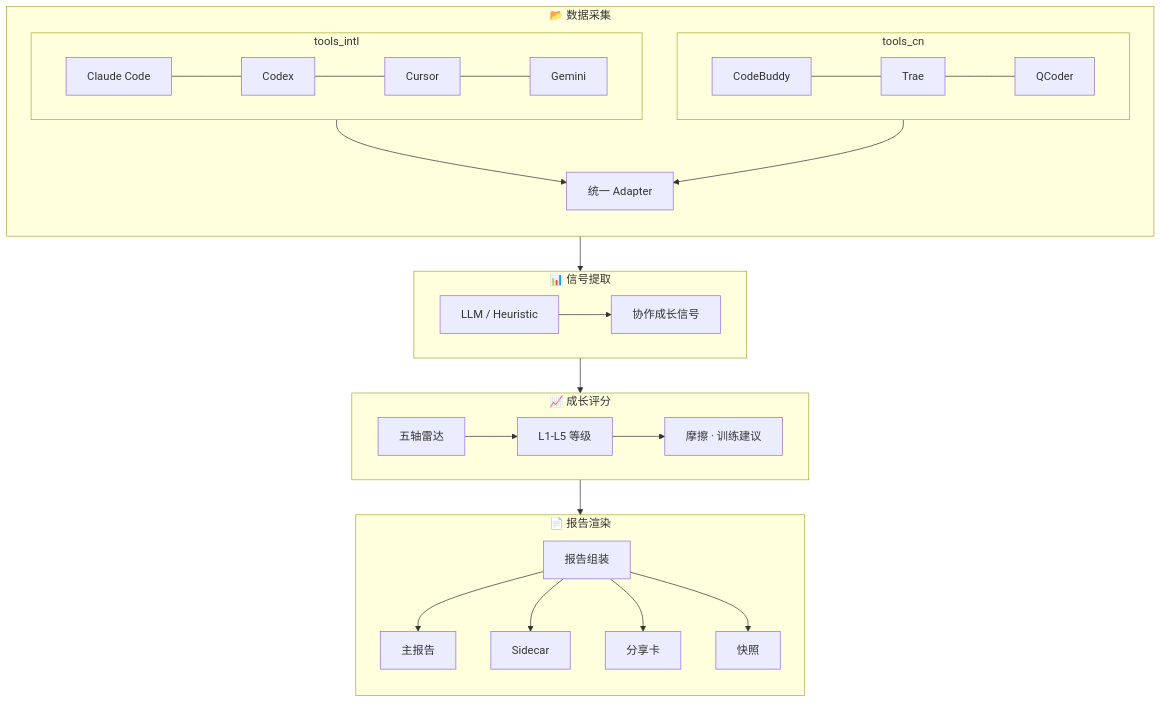
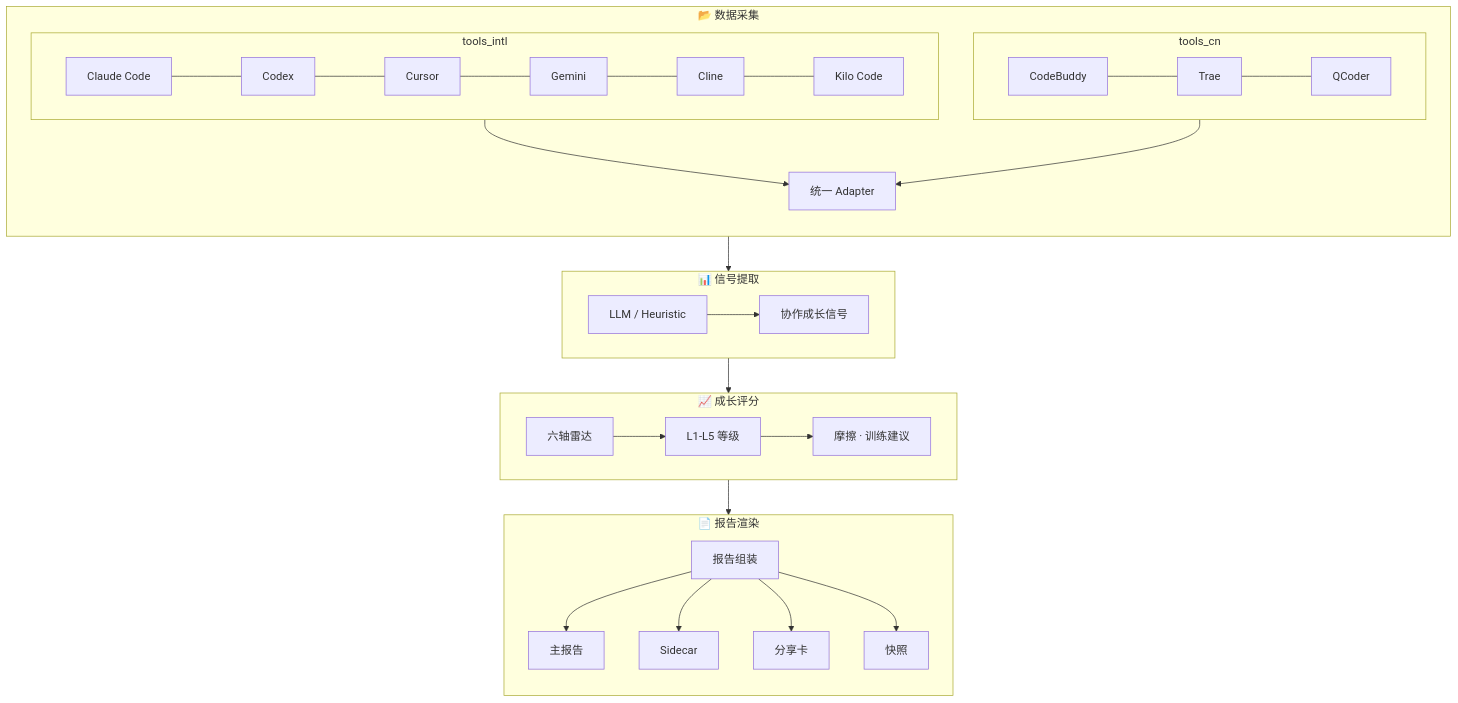
Before and after one commit to yxkong/ai-growth-mirror: the diagram in docs/design/ARCHITECTURE_PRINCIPLES.md, drawn with Mermaid. The commit also changed other lines of this file and 39 other files, not shown here.

````diff
--- a/docs/design/ARCHITECTURE_PRINCIPLES.md
+++ b/docs/design/ARCHITECTURE_PRINCIPLES.md
@@ -136,37 +117,37 @@
 ```mermaid
 flowchart TB
     subgraph L1["📂 数据采集"]
         direction TB
         subgraph tools_intl["tools_intl"]
             direction LR
-            t_claude[Claude Code] --- t_codex[Codex] --- t_cursor[Cursor] --- t_gemini[Gemini]
+            t_claude[Claude Code] --- t_codex[Codex] --- t_cursor[Cursor] --- t_gemini[Gemini] --- t_cline[Cline] --- t_kilo[Kilo Code]
         end
         subgraph tools_cn["tools_cn"]
             direction LR
             t_buddy[CodeBuddy] --- t_trae[Trae] --- t_qcoder[QCoder]
         end
         t_adapter[统一 Adapter]
         tools_intl --> t_adapter
         tools_cn --> t_adapter
     end
 
     subgraph L2["📊 信号提取"]
         sig_in[LLM / Heuristic] --> sig_out[协作成长信号]
     end
 
     subgraph L3["📈 成长评分"]
-        sc_radar[五轴雷达] --> sc_level[L1-L5 等级] --> sc_plan[摩擦 · 训练建议]
+        sc_radar[六轴雷达] --> sc_level[L1-L5 等级] --> sc_plan[摩擦 · 训练建议]
     end
 
     subgraph L4["📄 报告渲染"]
         direction TB
         rpt_asm[报告组装]
         rpt_html[主报告]
         rpt_json[Sidecar]
         rpt_share[分享卡]
         rpt_snap[快照]
         rpt_asm --> rpt_html & rpt_json & rpt_share & rpt_snap
     end
 
     L1 --> L2 --> L3 --> L4
 ```
````
